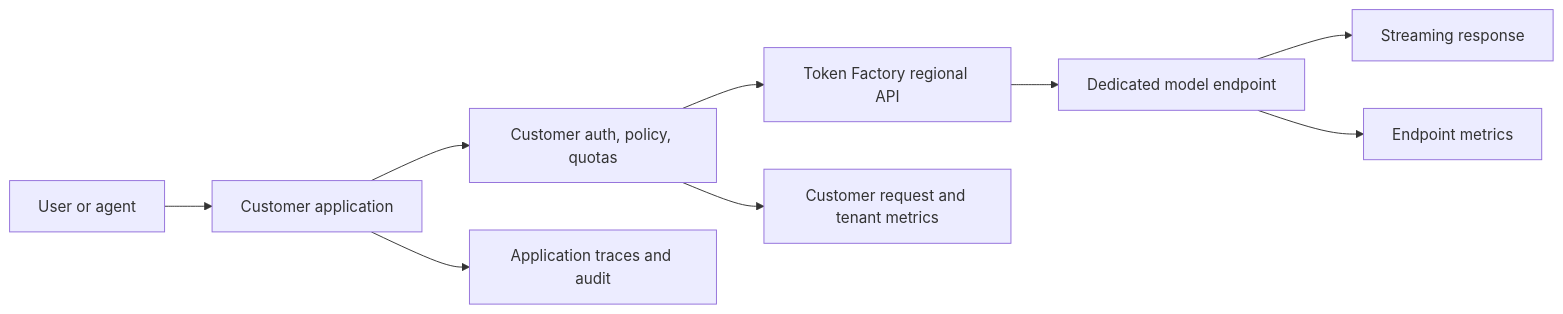
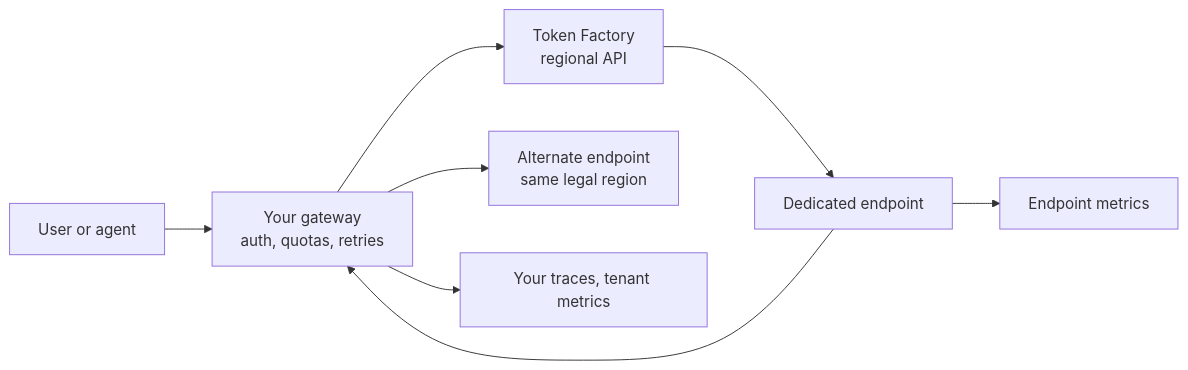
One commit to jithinpnjm/ai-infra-handbook changed the diagram in docs/part-20-nebius-sre-interview/33-ai-factory-solution-architecture-ha-and-recovery.md. Above: the diagram before and after it, drawn with Mermaid. The commit also changed other lines of this file and 47 other files, not shown here.

````diff
--- a/docs/part-20-nebius-sre-interview/33-ai-factory-solution-architecture-ha-and-recovery.md
+++ b/docs/part-20-nebius-sre-interview/33-ai-factory-solution-architecture-ha-and-recovery.md
@@ -77,11 +111,10 @@
 ```mermaid
 flowchart LR
-  User[User or agent] --> App[Customer application]
-  App --> Gateway[Customer auth, policy, quotas]
-  Gateway --> TokenAPI[Token Factory regional API]
-  TokenAPI --> Endpoint[Dedicated model endpoint]
-  Endpoint --> Reply[Streaming response]
-  Endpoint --> Metrics[Endpoint metrics]
-  Gateway --> AppMetrics[Customer request and tenant metrics]
-  App --> Logs[Application traces and audit]
+  U["User or agent"] --> G["Your gateway<br/>auth, quotas, retries"]
+  G --> A["Token Factory<br/>regional API"]
+  A --> E["Dedicated endpoint"]
+  E --> G
+  G --> F["Alternate endpoint<br/>same legal region"]
+  E --> M["Endpoint metrics"]
+  G --> T["Your traces, tenant metrics"]
 ```
````
